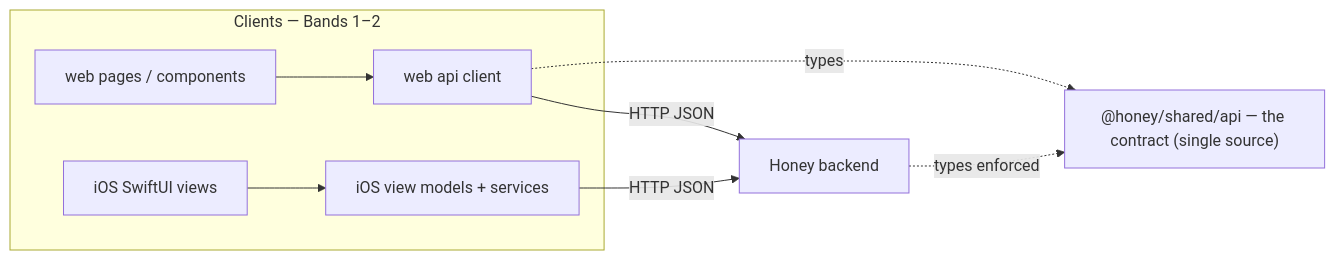
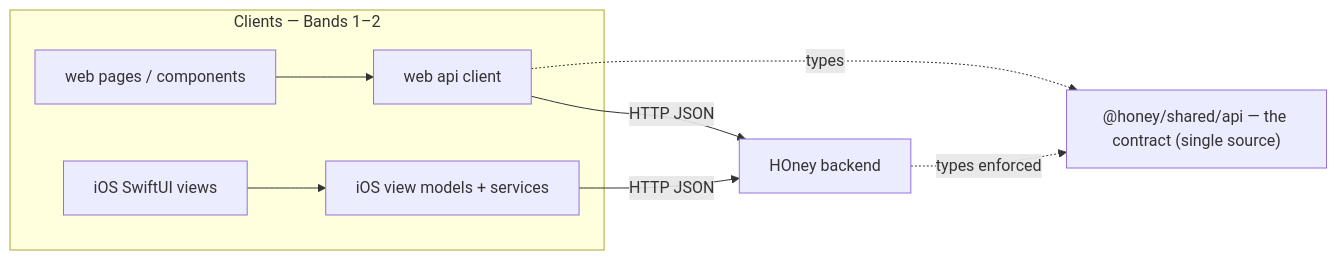
The second of 2 diagrams in README.md (gy-yywq-s/HOney-refreshed), drawn with Mermaid before and after one commit. The commit also changed other lines of this file and 40 other files, not shown here.

````diff
--- a/README.md
+++ b/README.md
@@ -100,12 +100,12 @@
 ```mermaid
 flowchart LR
   subgraph Clients [Clients — Bands 1–2]
     WEBUI[web pages / components] --> WEBAPI[web api client]
     IOSUI[iOS SwiftUI views] --> IOSVM[iOS view models + services]
   end
   CONTRACT["@honey/shared/api — the contract (single source)"]
-  WEBAPI -->|HTTP JSON| BE[Honey backend]
+  WEBAPI -->|HTTP JSON| BE[HOney backend]
   IOSVM -->|HTTP JSON| BE
   WEBAPI -.types.-> CONTRACT
   BE -.types enforced.-> CONTRACT
 ```
````
